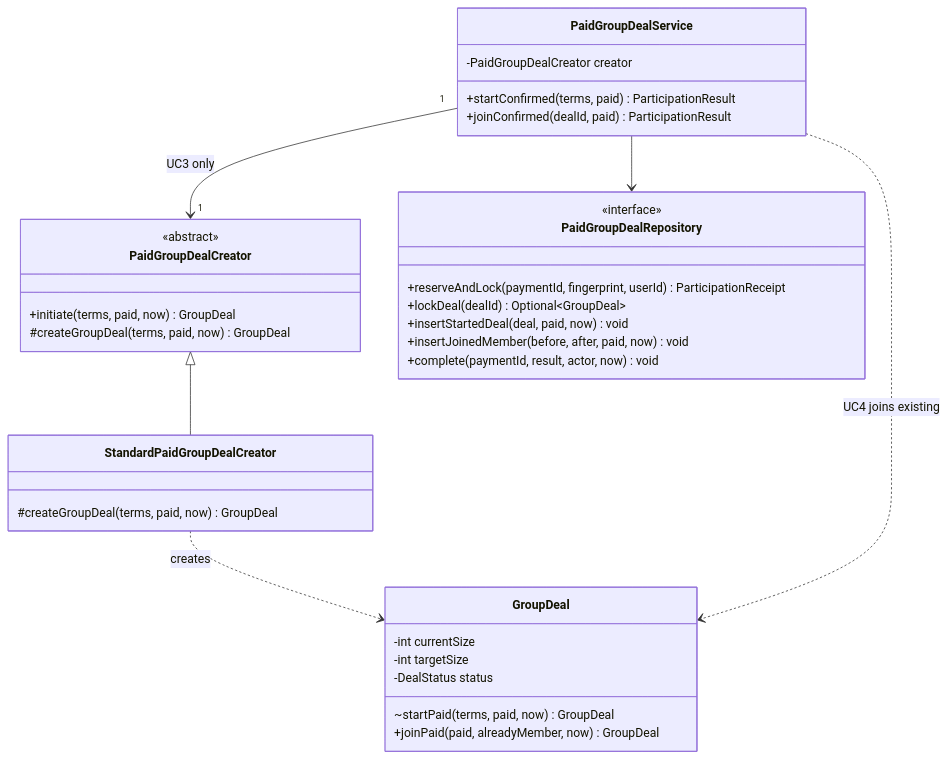
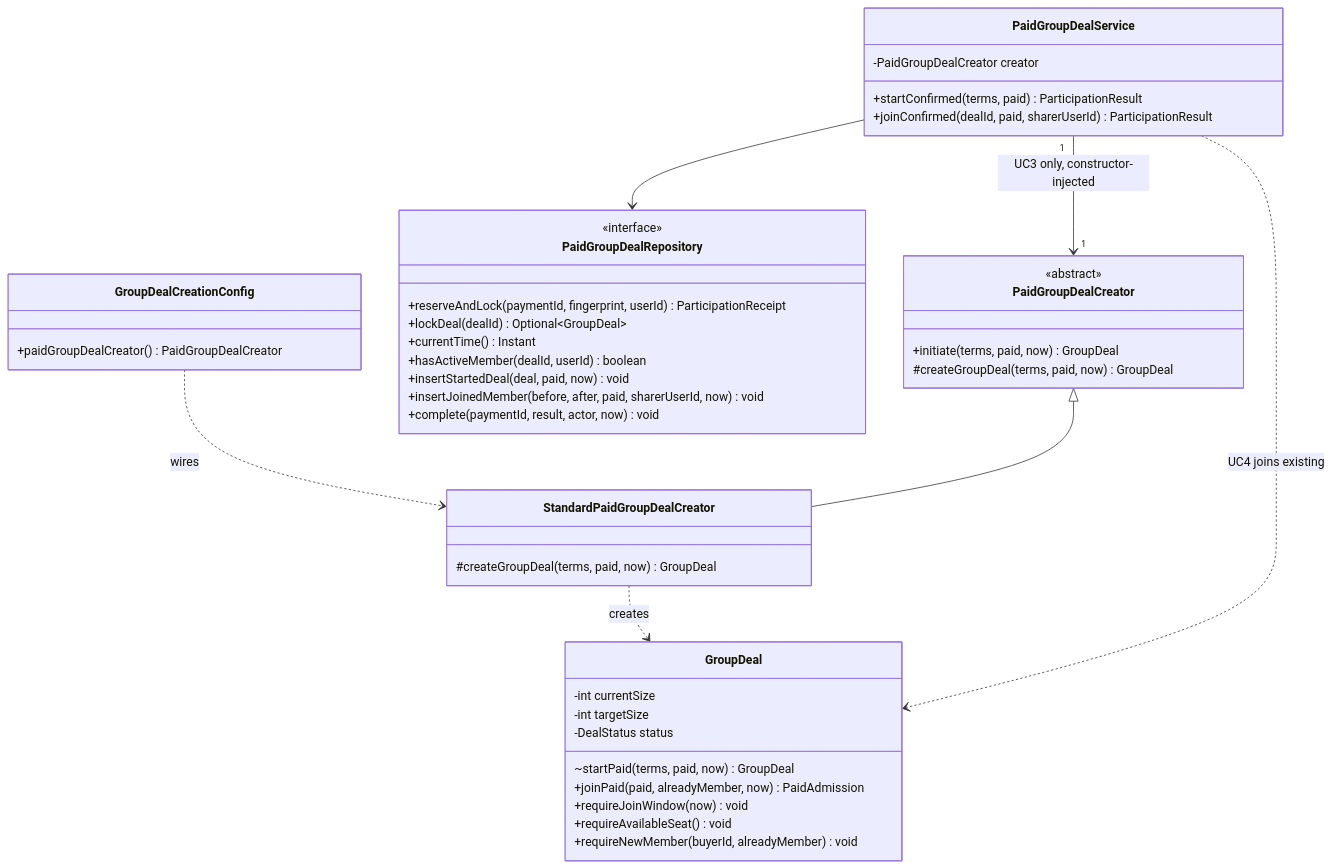
The third of 5 diagrams in backend/docs/design/paid-group-participation.md (PPsyrius/iss-groupbuy-team8), drawn with Mermaid before and after one commit. The commit also changed other lines of this file and 2 other files, not shown here.

Commit message:
docs(design): bring paid-group-participation up to date after #424

````diff
--- a/backend/docs/design/paid-group-participation.md
+++ b/backend/docs/design/paid-group-participation.md
@@ -163,36 +170,45 @@
 ```mermaid
 classDiagram
     class PaidGroupDealService {
         -PaidGroupDealCreator creator
         +startConfirmed(terms, paid) ParticipationResult
-        +joinConfirmed(dealId, paid) ParticipationResult
+        +joinConfirmed(dealId, paid, sharerUserId) ParticipationResult
     }
     class PaidGroupDealCreator {
         <<abstract>>
         +initiate(terms, paid, now) GroupDeal
         #createGroupDeal(terms, paid, now) GroupDeal
     }
     class StandardPaidGroupDealCreator {
         #createGroupDeal(terms, paid, now) GroupDeal
     }
     class GroupDeal {
         -int currentSize
         -int targetSize
         -DealStatus status
         ~startPaid(terms, paid, now) GroupDeal
-        +joinPaid(paid, alreadyMember, now) GroupDeal
+        +joinPaid(paid, alreadyMember, now) PaidAdmission
+        +requireJoinWindow(now) void
+        +requireAvailableSeat() void
+        +requireNewMember(buyerId, alreadyMember) void
     }
     class PaidGroupDealRepository {
         <<interface>>
         +reserveAndLock(paymentId, fingerprint, userId) ParticipationReceipt
         +lockDeal(dealId) Optional~GroupDeal~
+        +currentTime() Instant
+        +hasActiveMember(dealId, userId) boolean
         +insertStartedDeal(deal, paid, now) void
-        +insertJoinedMember(before, after, paid, now) void
+        +insertJoinedMember(before, after, paid, sharerUserId, now) void
         +complete(paymentId, result, actor, now) void
     }
-    PaidGroupDealService "1" --> "1" PaidGroupDealCreator : UC3 only
+    class GroupDealCreationConfig {
+        +paidGroupDealCreator() PaidGroupDealCreator
+    }
+    PaidGroupDealService "1" --> "1" PaidGroupDealCreator : UC3 only, constructor-injected
+    GroupDealCreationConfig ..> StandardPaidGroupDealCreator : wires
     PaidGroupDealCreator <|-- StandardPaidGroupDealCreator
     StandardPaidGroupDealCreator ..> GroupDeal : creates
     PaidGroupDealService --> PaidGroupDealRepository
     PaidGroupDealService ..> GroupDeal : UC4 joins existing
 ```
````
